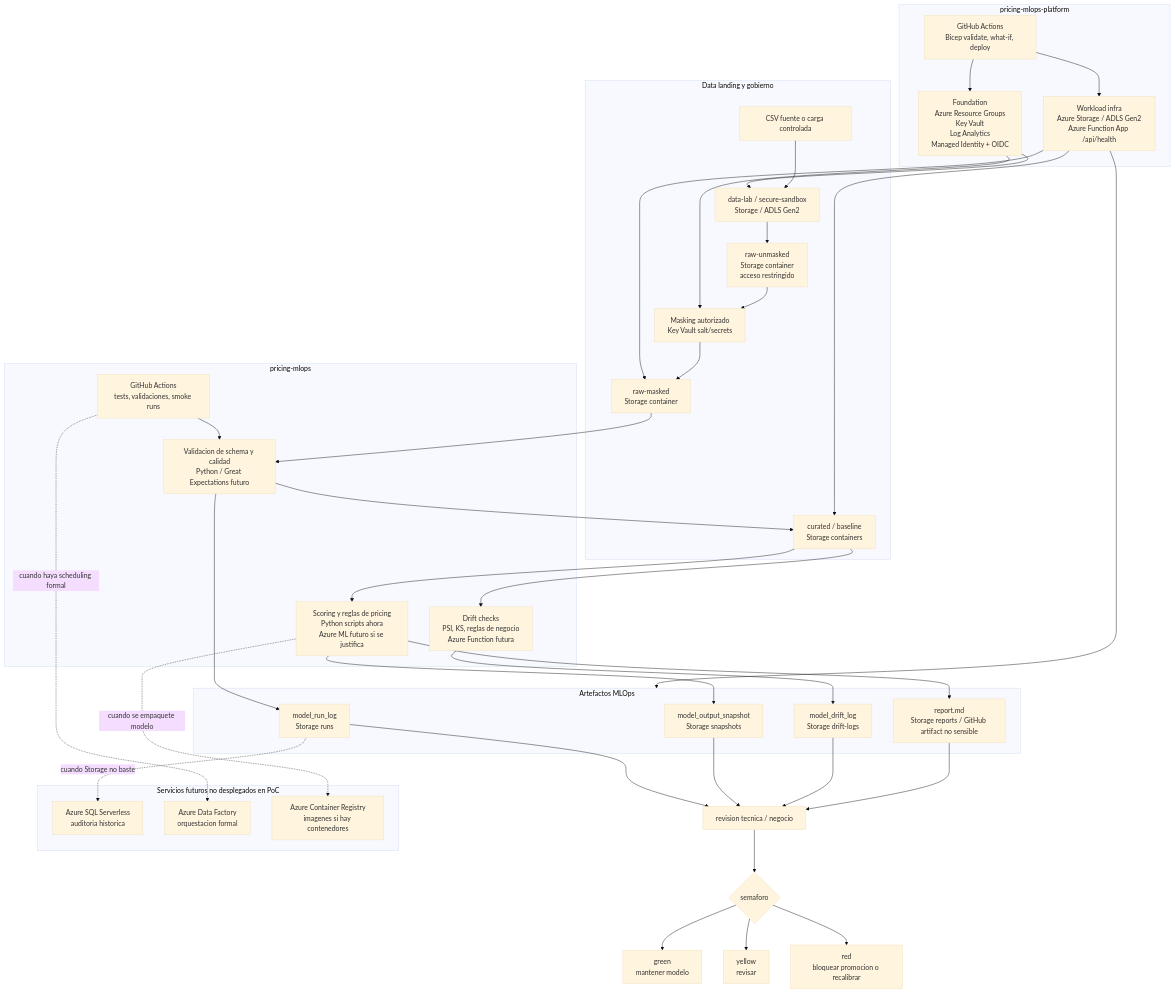
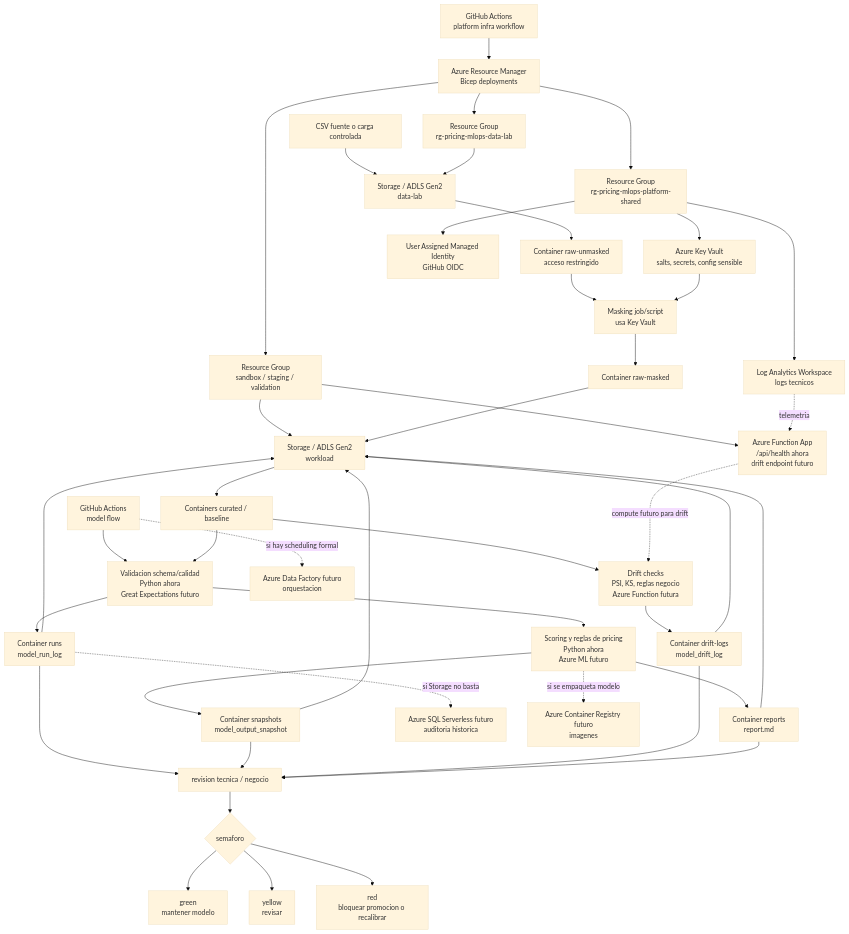
The second of 2 diagrams in README.md (tecmx-team46-pricing/pricing-mlops-platform), drawn with Mermaid (base theme) before and after one commit.

Commit message:
Simplify MLOps diagram around Azure services

````diff
--- a/README.md
+++ b/README.md
@@ -55,73 +55,54 @@
 ```mermaid
 flowchart TD
-  subgraph Platform["pricing-mlops-platform"]
-    Foundation["Foundation<br/>Azure Resource Groups<br/>Key Vault<br/>Log Analytics<br/>Managed Identity + OIDC"]
-    WorkloadInfra["Workload infra<br/>Azure Storage / ADLS Gen2<br/>Azure Function App /api/health"]
-    PlatformGHA["GitHub Actions<br/>Bicep validate, what-if, deploy"]
-  end
+  GHAPlatform["GitHub Actions<br/>platform infra workflow"] --> ARM["Azure Resource Manager<br/>Bicep deployments"]
+  ARM --> RGShared["Resource Group<br/>rg-pricing-mlops-platform-shared"]
+  ARM --> RGDataLab["Resource Group<br/>rg-pricing-mlops-data-lab"]
+  ARM --> RGWorkload["Resource Group<br/>sandbox / staging / validation"]
 
-  subgraph Data["Data landing y gobierno"]
-    Source["CSV fuente o carga controlada"]
-    DataLab["data-lab / secure-sandbox<br/>Storage / ADLS Gen2"]
-    RawUnmasked["raw-unmasked<br/>Storage container<br/>acceso restringido"]
-    Masking["Masking autorizado<br/>Key Vault salt/secrets"]
-    RawMasked["raw-masked<br/>Storage container"]
-    Curated["curated / baseline<br/>Storage containers"]
-  end
+  RGShared --> KV["Azure Key Vault<br/>salts, secrets, config sensible"]
+  RGShared --> LAW["Log Analytics Workspace<br/>logs tecnicos"]
+  RGShared --> UAMI["User Assigned Managed Identity<br/>GitHub OIDC"]
 
-  subgraph ModelRepo["pricing-mlops"]
-    ModelGHA["GitHub Actions<br/>tests, validaciones, smoke runs"]
-    Validate["Validacion de schema y calidad<br/>Python / Great Expectations futuro"]
-    Score["Scoring y reglas de pricing<br/>Python scripts ahora<br/>Azure ML futuro si se justifica"]
-    Drift["Drift checks<br/>PSI, KS, reglas de negocio<br/>Azure Function futura"]
-  end
+  Source["CSV fuente o carga controlada"] --> ADLSDataLab["Storage / ADLS Gen2<br/>data-lab"]
+  RGDataLab --> ADLSDataLab
+  ADLSDataLab --> RawUnmasked["Container raw-unmasked<br/>acceso restringido"]
+  RawUnmasked --> Masking["Masking job/script<br/>usa Key Vault"]
+  KV --> Masking
+  Masking --> RawMasked["Container raw-masked"]
 
-  subgraph Evidence["Artefactos MLOps"]
-    RunLog["model_run_log<br/>Storage runs"]
-    Snapshot["model_output_snapshot<br/>Storage snapshots"]
-    DriftLog["model_drift_log<br/>Storage drift-logs"]
-    Report["report.md<br/>Storage reports / GitHub artifact no sensible"]
-  end
+  RGWorkload --> ADLSWorkload["Storage / ADLS Gen2<br/>workload"]
+  RawMasked --> ADLSWorkload
+  ADLSWorkload --> Curated["Containers curated / baseline"]
 
-  subgraph Future["Servicios futuros no desplegados en PoC"]
-    SQL["Azure SQL Serverless<br/>auditoria historica"]
-    ADF["Azure Data Factory<br/>orquestacion formal"]
-    ACR["Azure Container Registry<br/>imagenes si hay contenedores"]
-  end
+  GHAmodel["GitHub Actions<br/>model flow"] --> Validate["Validacion schema/calidad<br/>Python ahora<br/>Great Expectations futuro"]
+  Curated --> Validate
+  Validate --> Score["Scoring y reglas de pricing<br/>Python ahora<br/>Azure ML futuro"]
+  Curated --> Drift["Drift checks<br/>PSI, KS, reglas negocio<br/>Azure Function futura"]
 
-  PlatformGHA --> Foundation
-  PlatformGHA --> WorkloadInfra
-  Foundation --> DataLab
-  Foundation --> Masking
-  WorkloadInfra --> RawMasked
-  WorkloadInfra --> Curated
-  WorkloadInfra --> Evidence
+  RGWorkload --> Function["Azure Function App<br/>/api/health ahora<br/>drift endpoint futuro"]
+  Function -. "compute futuro para drift" .-> Drift
 
-  Source --> DataLab
-  DataLab --> RawUnmasked
-  RawUnmasked --> Masking
-  Masking --> RawMasked
-  RawMasked --> Validate
-  Validate --> Curated
-  Curated --> Score
-  Curated --> Drift
+  Validate --> RunLog["Container runs<br/>model_run_log"]
+  Score --> Snapshot["Container snapshots<br/>model_output_snapshot"]
+  Drift --> DriftLog["Container drift-logs<br/>model_drift_log"]
+  Score --> Report["Container reports<br/>report.md"]
 
-  ModelGHA --> Validate
-  Score --> Snapshot
-  Score --> Report
-  Drift --> DriftLog
-  Validate --> RunLog
+  RunLog --> ADLSWorkload
+  Snapshot --> ADLSWorkload
+  DriftLog --> ADLSWorkload
+  Report --> ADLSWorkload
+  LAW -. "telemetria" .-> Function
 
   RunLog --> Review["revision tecnica / negocio"]
   Snapshot --> Review
   DriftLog --> Review
   Report --> Review
   Review --> Decision{"semaforo"}
   Decision --> Green["green<br/>mantener modelo"]
   Decision --> Yellow["yellow<br/>revisar"]
   Decision --> Red["red<br/>bloquear promocion o recalibrar"]
 
-  RunLog -. "cuando Storage no baste" .-> SQL
-  ModelGHA -. "cuando haya scheduling formal" .-> ADF
-  Score -. "cuando se empaquete modelo" .-> ACR
+  RunLog -. "si Storage no basta" .-> SQL["Azure SQL Serverless futuro<br/>auditoria historica"]
+  GHAmodel -. "si hay scheduling formal" .-> ADF["Azure Data Factory futuro<br/>orquestacion"]
+  Score -. "si se empaqueta modelo" .-> ACR["Azure Container Registry futuro<br/>imagenes"]
 ```
````
